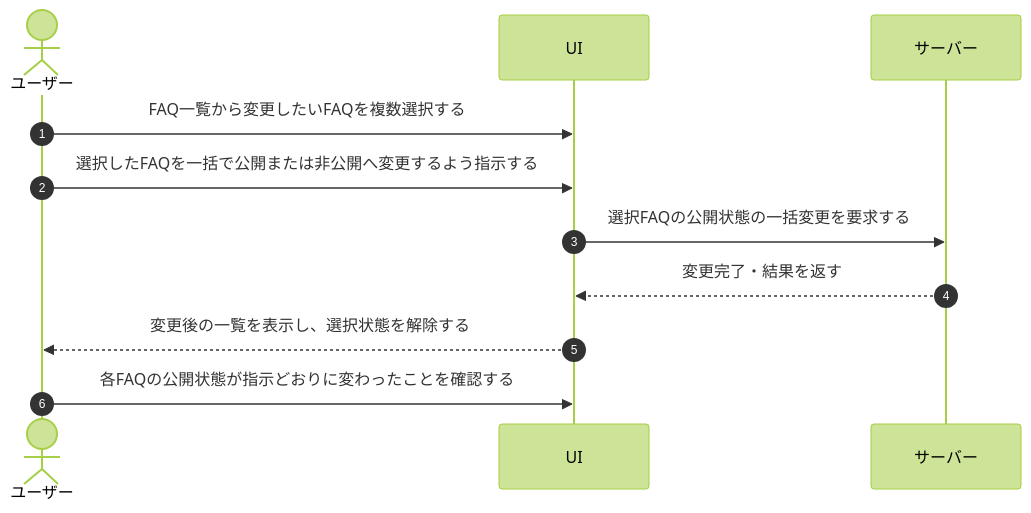
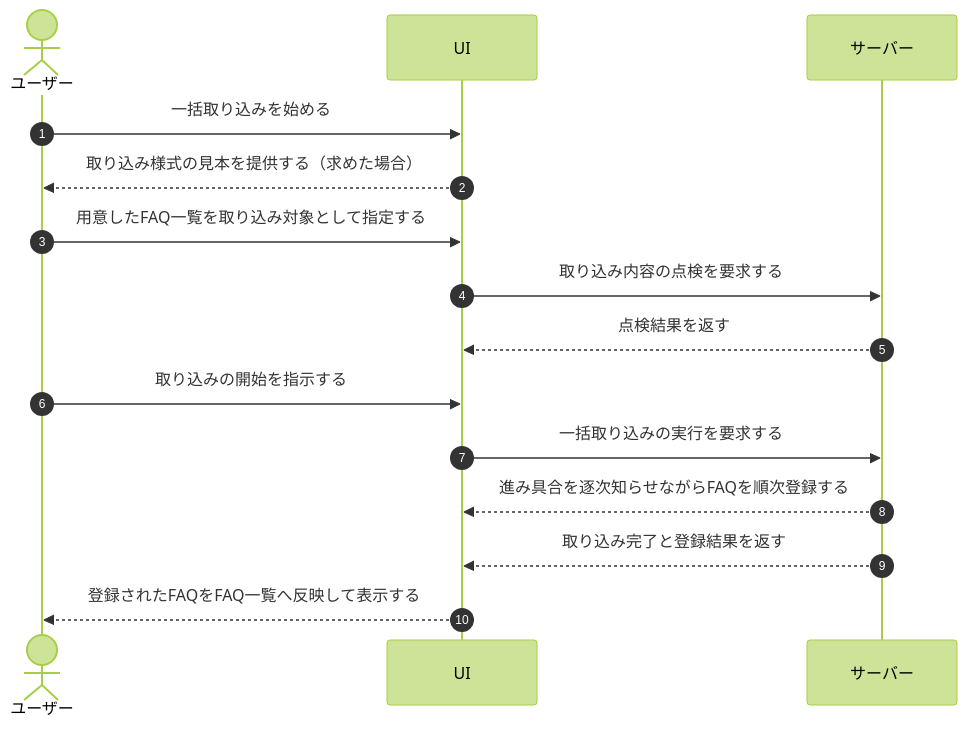
The diagram in 01_requirements/04_business_usecases/UC-027.md (sikakou54/open-faq), drawn with Mermaid (forest theme) before and after one commit. The commit also changed other lines of this file and 395 other files, not shown here.

````diff
--- a/01_requirements/04_business_usecases/UC-027.md
+++ b/01_requirements/04_business_usecases/UC-027.md
@@ -26,14 +26,18 @@
 ```mermaid
 sequenceDiagram
   autonumber
   actor U as ユーザー
   participant UI as UI
   participant S as サーバー
 
-  U->>UI: FAQ一覧から変更したいFAQを複数選択する
-  U->>UI: 選択したFAQを一括で公開または非公開へ変更するよう指示する
-  UI->>S: 選択FAQの公開状態の一括変更を要求する
-  S-->>UI: 変更完了・結果を返す
-  UI-->>U: 変更後の一覧を表示し、選択状態を解除する
-  U->>UI: 各FAQの公開状態が指示どおりに変わったことを確認する
+  U->>UI: 一括取り込みを始める
+  UI-->>U: 取り込み様式の見本を提供する（求めた場合）
+  U->>UI: 用意したFAQ一覧を取り込み対象として指定する
+  UI->>S: 取り込み内容の点検を要求する
+  S-->>UI: 点検結果を返す
+  U->>UI: 取り込みの開始を指示する
+  UI->>S: 一括取り込みの実行を要求する
+  S-->>UI: 進み具合を逐次知らせながらFAQを順次登録する
+  S-->>UI: 取り込み完了と登録結果を返す
+  UI-->>U: 登録されたFAQをFAQ一覧へ反映して表示する
 ```
````
